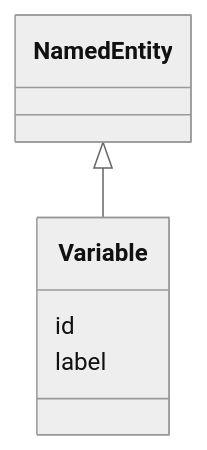
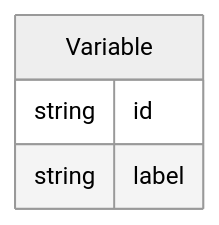
The diagram in docs/environmental_sample/Variable.md (monarch-initiative/ontogpt), drawn with Mermaid (neutral theme) before and after one commit. The commit also changed 187 other files, not shown here.

````diff
--- a/docs/environmental_sample/Variable.md
+++ b/docs/environmental_sample/Variable.md
@@ -8,9 +8,10 @@
 ```mermaid
- classDiagram
-    class Variable
-      NamedEntity <|-- Variable
-      
-      Variable : id
-      Variable : label
-      
+erDiagram
+Variable {
+    string id  
+    string label  
+}
+
+
+
 ```
````
